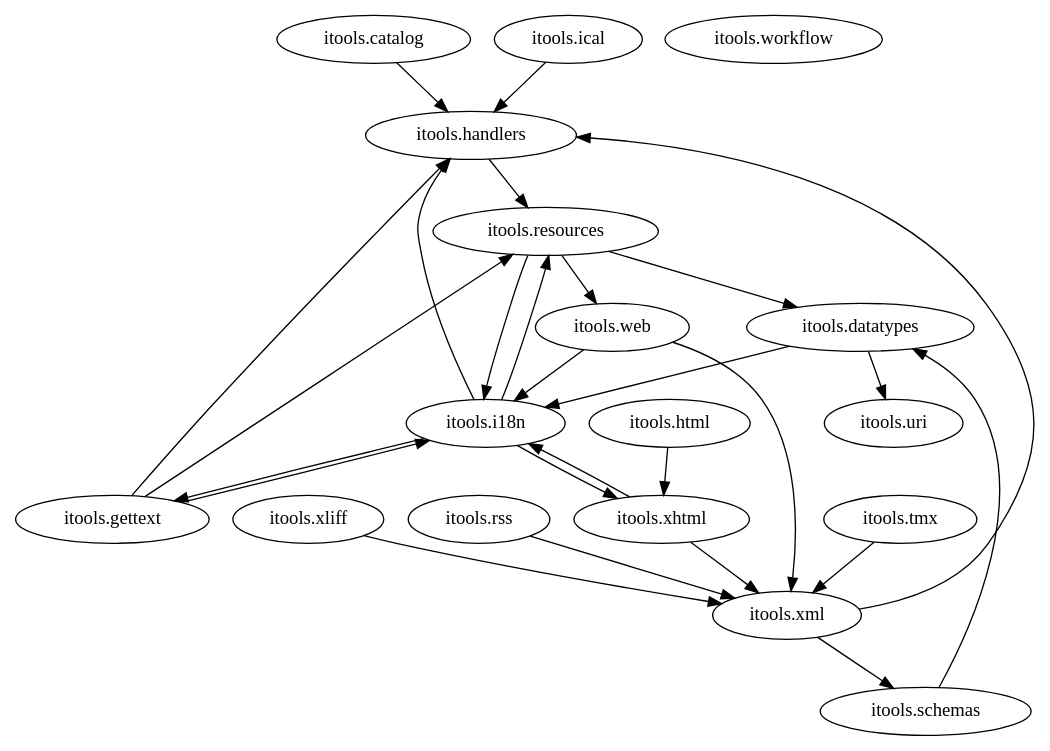
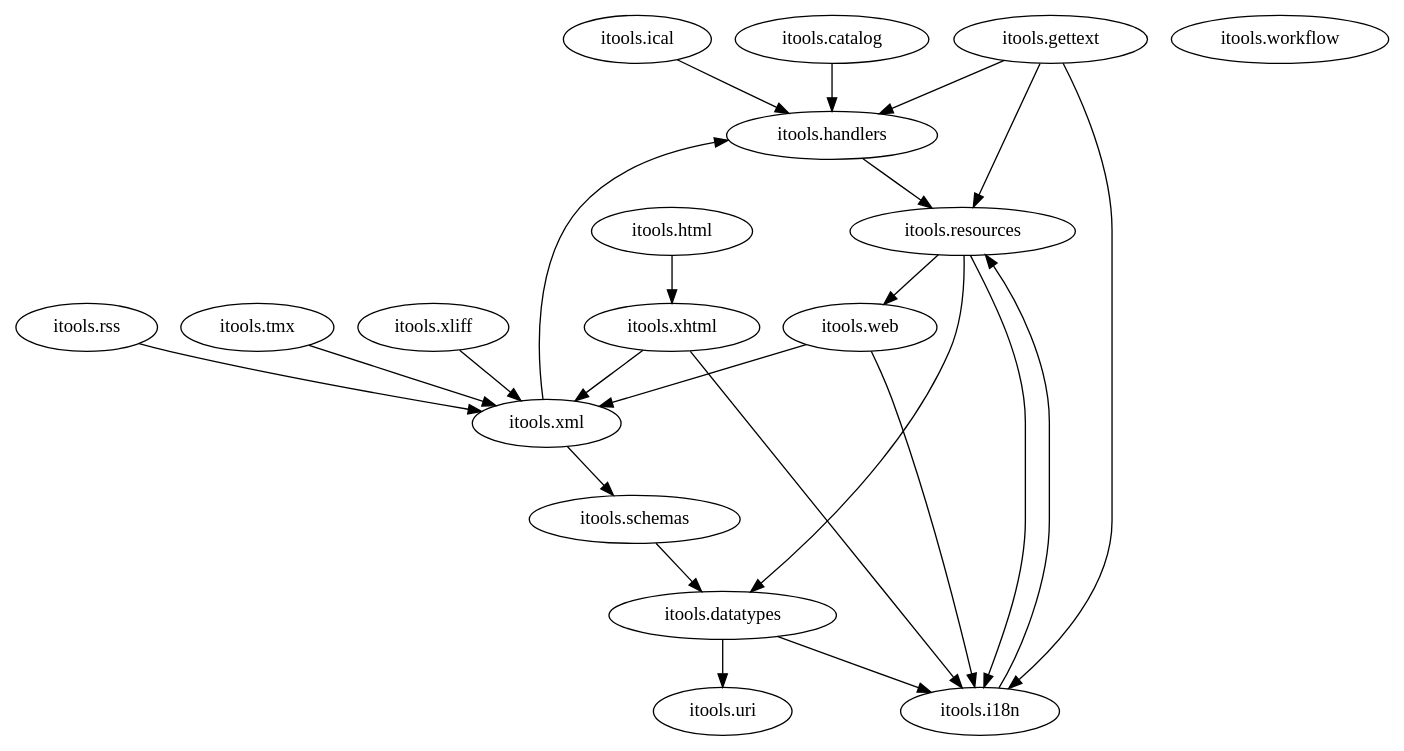
The diagram in doc/packages.dot (hforge/itools), drawn with Graphviz before and after one commit. The commit also changed 3 other files, not shown here.

```diff
--- a/doc/packages.dot
+++ b/doc/packages.dot
@@ -1,61 +1,58 @@
 digraph G {
 ##  "itools.catalog" -> "itools.uri";
   "itools.catalog" -> "itools.handlers";
 
   "itools.datatypes" -> "itools.uri";
   "itools.datatypes" -> "itools.i18n";
 
 ##  "itools.handlers" -> "itools.uri";
   "itools.handlers" -> "itools.resources";
 
   "itools.gettext" -> "itools.resources";
   "itools.gettext" -> "itools.handlers";
   "itools.gettext" -> "itools.i18n";
 
 ##  "itools.html" -> "itools.datatypes";
 ##  "itools.html" -> "itools.handlers";
 ##  "itools.html" -> "itools.xml";
   "itools.html" -> "itools.xhtml";
 
   "itools.i18n" -> "itools.resources";
-  "itools.i18n" -> "itools.handlers";
-  "itools.i18n" -> "itools.gettext";
-  "itools.i18n" -> "itools.xhtml";
 
   "itools.ical" -> "itools.handlers";
 ##  "itools.ical" -> "itools.datatypes";
 ##  "itools.ical" -> "itools.resources";
 
 ##  "itools.resources" -> "itools.uri";
   "itools.resources" -> "itools.i18n";
   "itools.resources" -> "itools.datatypes";
   "itools.resources" -> "itools.web";
 
 ##  "itools.rss" -> "itools.handlers";
   "itools.rss" -> "itools.xml";
 
   "itools.schemas" -> "itools.datatypes";
 
 ##  "itools.tmx" -> "itools.handlers";
   "itools.tmx" -> "itools.xml";
 
 ##  "itools.web" -> "itools.handlers";
 ##  "itools.web" -> "itools.uri";
 ##  "itools.web" -> "itools.datatypes";
   "itools.web" -> "itools.xml";
 ##  "itools.web" -> "itools.resources";
   "itools.web" -> "itools.i18n";
 
   "itools.workflow";
 
 ##  "itools.xhtml" -> "itools.datatypes";
   "itools.xhtml" -> "itools.xml";
   "itools.xhtml" -> "itools.i18n";
 
 ##  "itools.xliff" -> "itools.handlers";
   "itools.xliff" -> "itools.xml";
 
 ##  "itools.xml" -> "itools.datatypes";
   "itools.xml" -> "itools.schemas";
   "itools.xml" -> "itools.handlers";
 }
```
